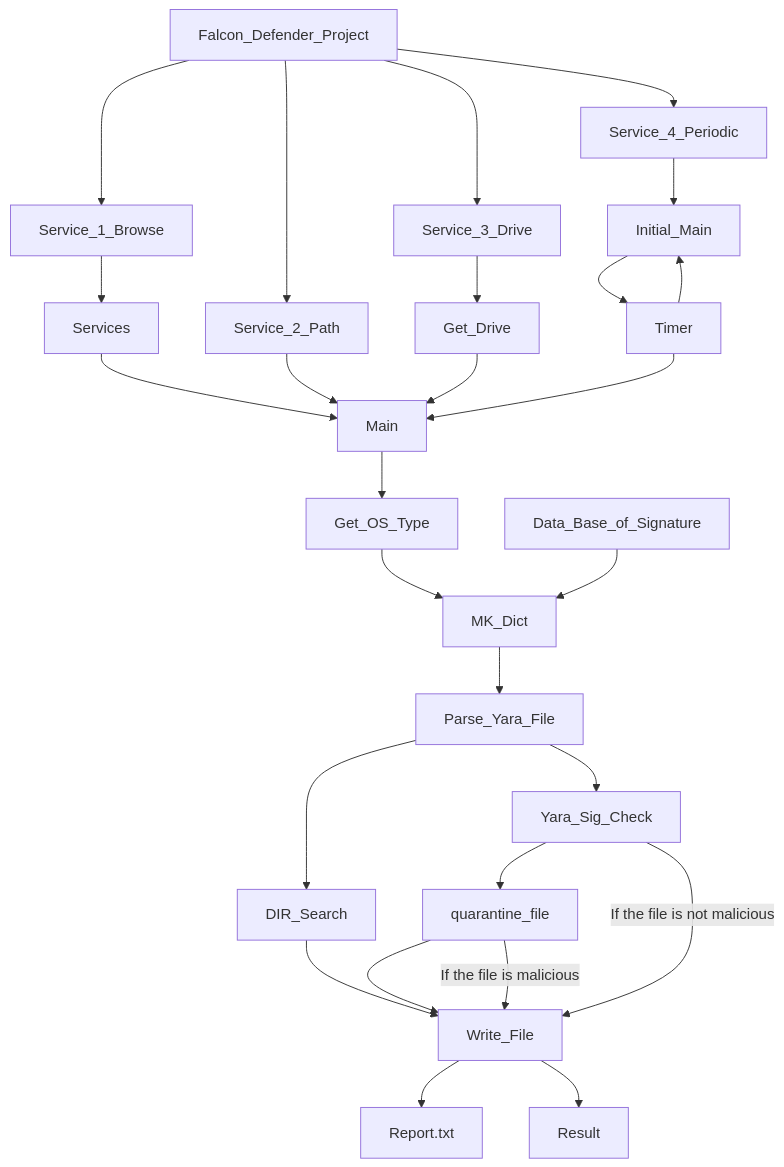
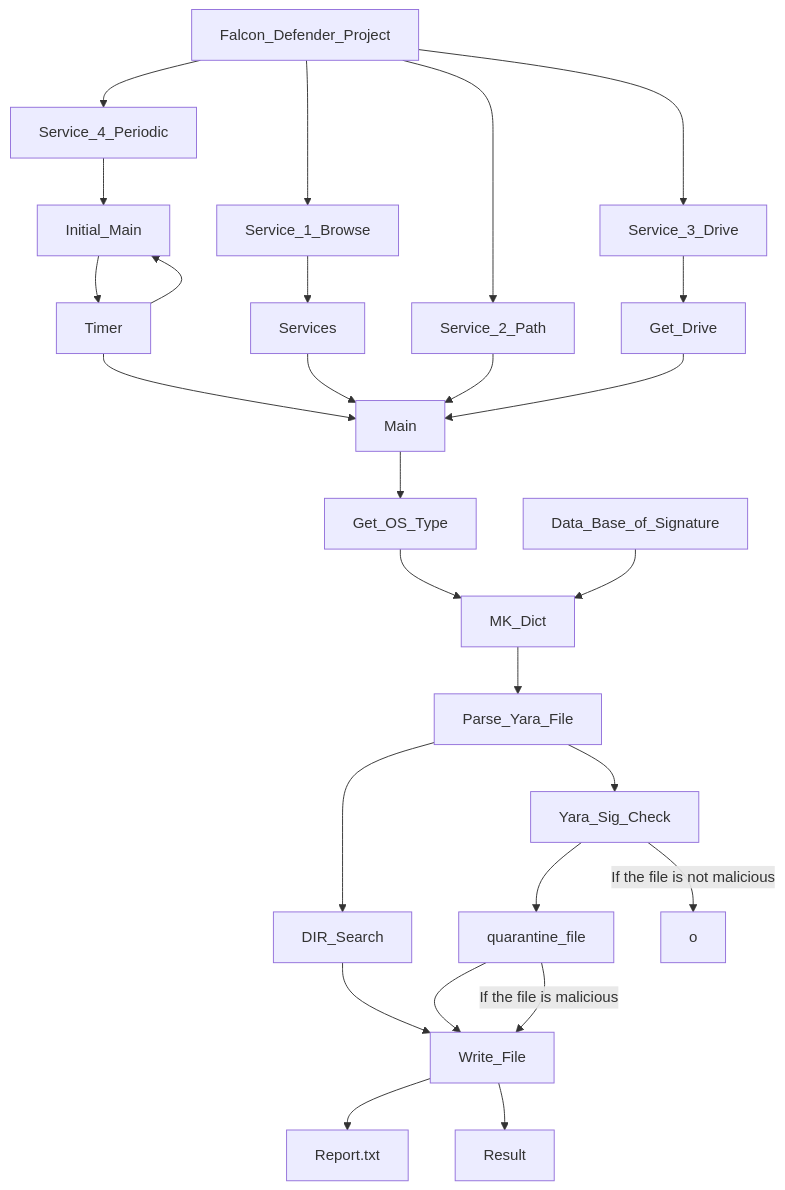
Before and after one commit to AyhamAsfoor/Falcon_Defender: the diagram in README.md, drawn with Mermaid.

````diff
--- a/README.md
+++ b/README.md
@@ -68,29 +68,29 @@
 ```mermaid
 graph TD;
    Falcon_Defender_Project-->Service_1_Browse;
    Service_1_Browse-->Services;
    Falcon_Defender_Project-->Service_2_Path;
    Falcon_Defender_Project-->Service_3_Drive;
    Service_3_Drive-->Get_Drive;
    Falcon_Defender_Project-->Service_4_Periodic;
    Service_4_Periodic-->Initial_Main;
    Initial_Main-->Timer;
    Timer-->Initial_Main;
    Timer-->Main;
    Services-->Main;
    Service_2_Path-->Main;
    Get_Drive-->Main;
    Main-->Get_OS_Type;
    Get_OS_Type-->MK_Dict;
    Data_Base_of_Signature-->MK_Dict;
    MK_Dict-->Parse_Yara_File;
    Parse_Yara_File-->DIR_Search;
    Parse_Yara_File-->Yara_Sig_Check;
    DIR_Search-->Write_File;
    Yara_Sig_Check-->quarantine_file;
    quarantine_file-->Write_File;
-   Yara_Sig_Check-->|If the file is not malicious| Write_File;
+   Yara_Sig_Check-->|If the file is not malicious| o;
    quarantine_file-->|If the file is malicious| Write_File;
    Write_File-->Report_txt[Report.txt];
    Write_File-->Result[Result];
 ```
````
